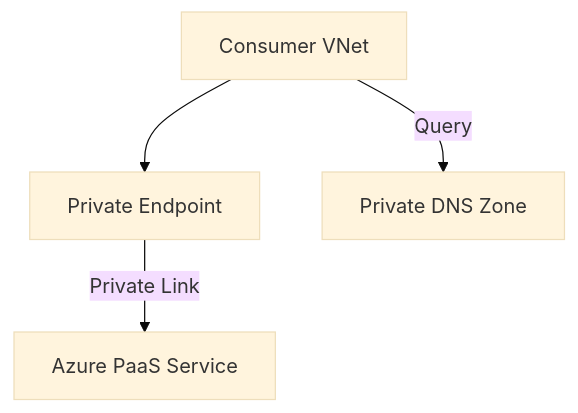
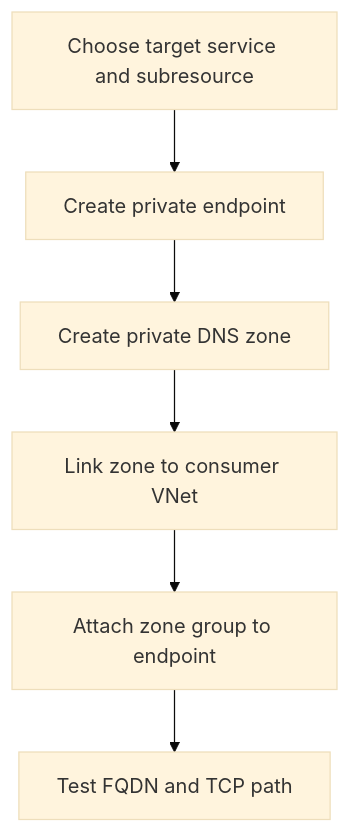
Before and after one commit to yeongseon/azure-networking-practical-guide: the diagram in docs/operations/connect-private-endpoints.md, drawn with Mermaid (base theme). The commit also changed other lines of this file and 10 other files, not shown here.

````diff
--- a/docs/operations/connect-private-endpoints.md
+++ b/docs/operations/connect-private-endpoints.md
@@ -40,6 +43,8 @@
 ```mermaid
-graph TD
-    VNet[Consumer VNet] --> PE[Private Endpoint]
-    PE -- Private Link --> Service[Azure PaaS Service]
-    VNet -- Query --> DNS[Private DNS Zone]
+flowchart TD
+    A[Choose target service and subresource] --> B[Create private endpoint]
+    B --> C[Create private DNS zone]
+    C --> D[Link zone to consumer VNet]
+    D --> E[Attach zone group to endpoint]
+    E --> F[Test FQDN and TCP path]
 ```
````
